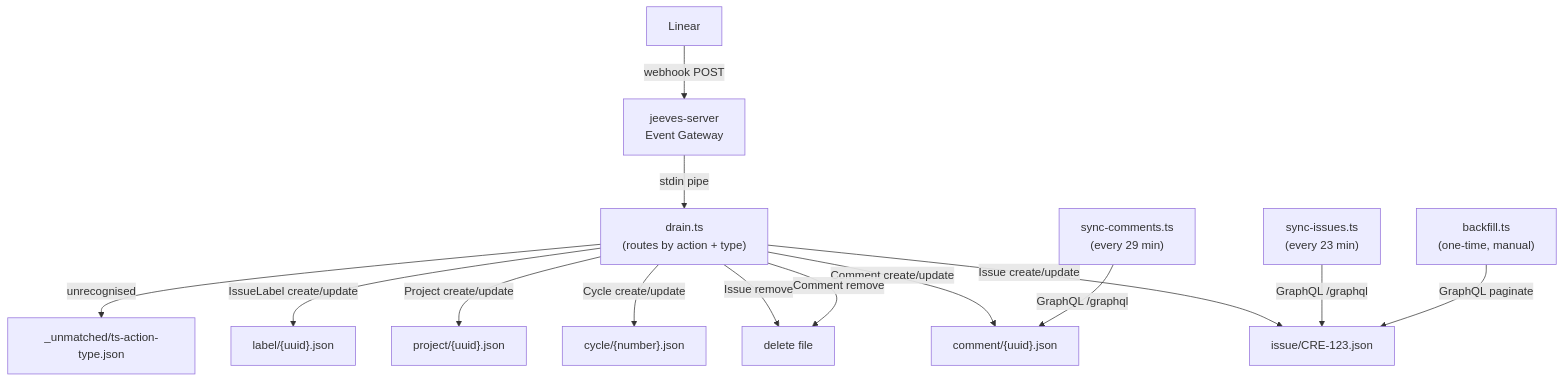
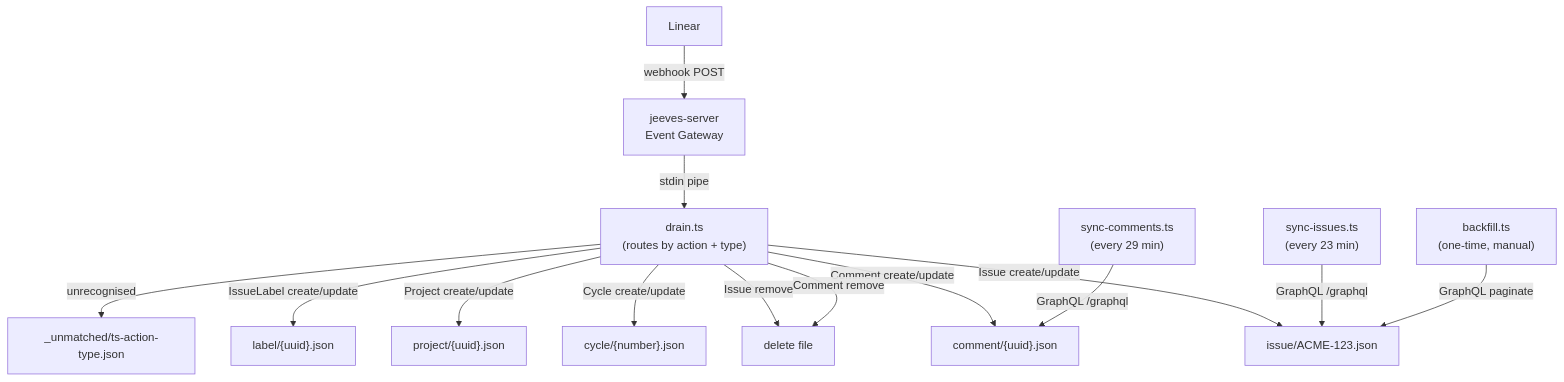
The diagram in packages/core/guides/linear.md (karmaniverous/jeeves-scripts-core), drawn with Mermaid before and after one commit. The commit also changed other lines of this file and 24 other files, not shown here.

````diff
--- a/packages/core/guides/linear.md
+++ b/packages/core/guides/linear.md
@@ -17,19 +17,19 @@
 ```mermaid
 flowchart TD
   linear["Linear"] -->|webhook POST| gw["jeeves-server\nEvent Gateway"]
   gw -->|stdin pipe| drain["drain.ts\n(routes by action + type)"]
 
-  drain -->|"Issue create/update"| issue["issue/CRE-123.json"]
+  drain -->|"Issue create/update"| issue["issue/ACME-123.json"]
   drain -->|Issue remove| del["delete file"]
   drain -->|"Comment create/update"| comment["comment/{uuid}.json"]
   drain -->|Comment remove| del
   drain -->|"Cycle create/update"| cycle["cycle/{number}.json"]
   drain -->|"Project create/update"| project["project/{uuid}.json"]
   drain -->|"IssueLabel create/update"| label["label/{uuid}.json"]
   drain -->|unrecognised| unmatched["_unmatched/ts-action-type.json"]
 
   sync_i["sync-issues.ts\n(every 23 min)"] -->|"GraphQL /graphql"| issue
   sync_c["sync-comments.ts\n(every 29 min)"] -->|"GraphQL /graphql"| comment
 
   backfill["backfill.ts\n(one-time, manual)"] -->|"GraphQL paginate"| issue
 ```
````
